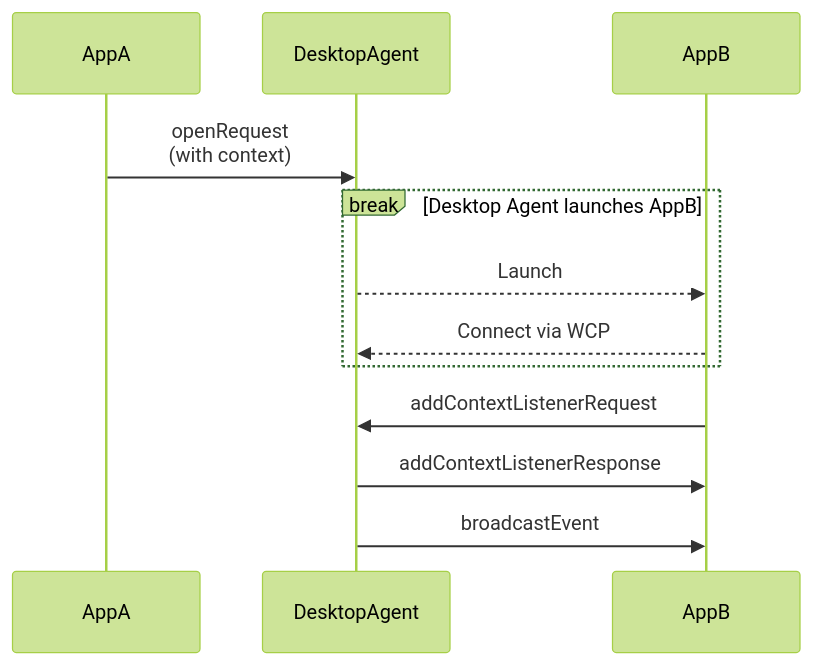
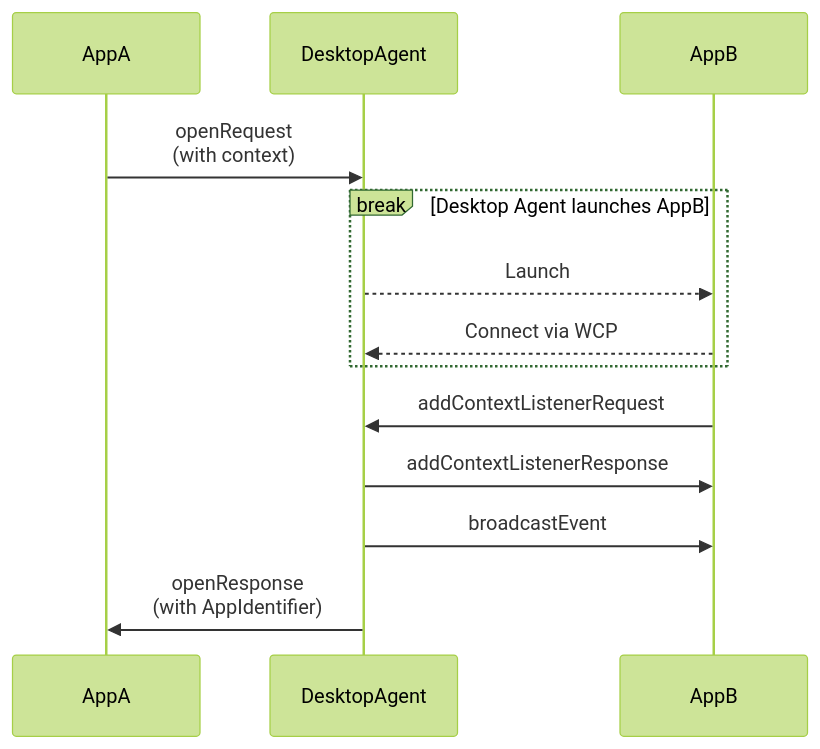
Before and after one commit to finos/FDC3: the third of 5 diagrams in docs/api/specs/desktopAgentCommunicationProtocol.md, drawn with Mermaid (forest theme). The commit also changed other lines of this file, not shown here.

Commit message:
Clarifying open in the DACP based on feedback

````diff
--- a/docs/api/specs/desktopAgentCommunicationProtocol.md
+++ b/docs/api/specs/desktopAgentCommunicationProtocol.md
@@ -280,11 +280,12 @@
 ```mermaid
 sequenceDiagram
     AppA ->> DesktopAgent: openRequest<br>(with context)
     break Desktop Agent launches AppB
         DesktopAgent -->> AppB: Launch
         AppB -->> DesktopAgent: Connect via WCP
     end
     AppB ->> DesktopAgent: addContextListenerRequest
     DesktopAgent ->> AppB: addContextListenerResponse
     DesktopAgent ->> AppB: broadcastEvent
+    DesktopAgent ->> AppA: openResponse<br/>(with AppIdentifier)
 ```
````
